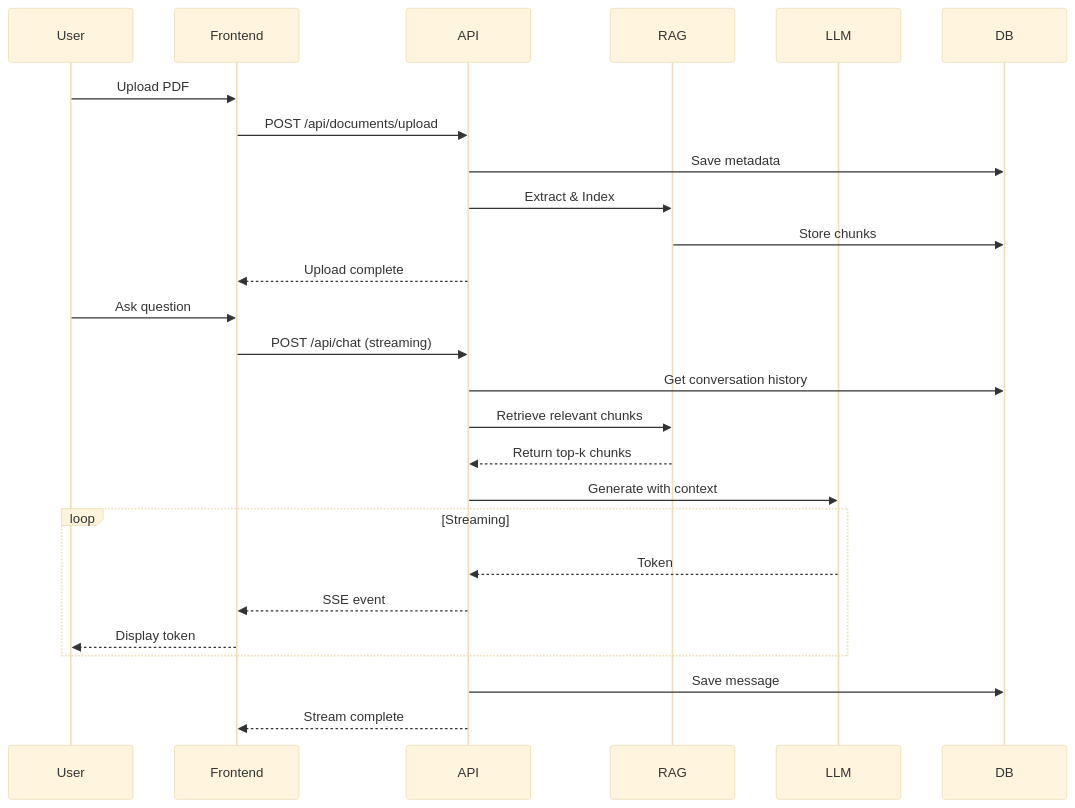
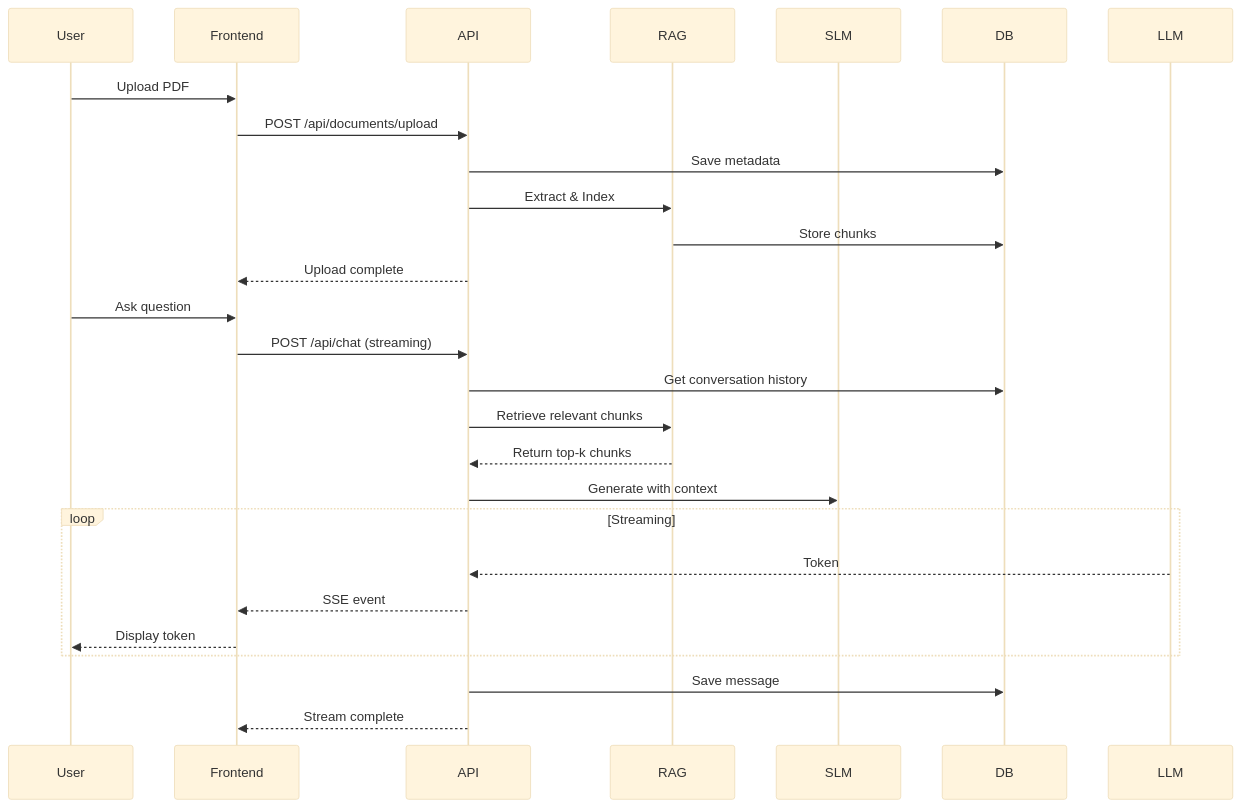
The second of 3 diagrams in README.md (HieuAI2005/DocBot), drawn with Mermaid (base theme) before and after one commit. The commit also changed other lines of this file, not shown here.

````diff
--- a/README.md
+++ b/README.md
@@ -108,32 +108,32 @@
 ```mermaid
 sequenceDiagram
     participant User
     participant Frontend
     participant API
     participant RAG
-    participant LLM
+    participant SLM
     participant DB
 
     User->>Frontend: Upload PDF
     Frontend->>API: POST /api/documents/upload
     API->>DB: Save metadata
     API->>RAG: Extract & Index
     RAG->>DB: Store chunks
     API-->>Frontend: Upload complete
 
     User->>Frontend: Ask question
     Frontend->>API: POST /api/chat (streaming)
     API->>DB: Get conversation history
     API->>RAG: Retrieve relevant chunks
     RAG-->>API: Return top-k chunks
-    API->>LLM: Generate with context
+    API->>SLM: Generate with context
     
     loop Streaming
         LLM-->>API: Token
         API-->>Frontend: SSE event
         Frontend-->>User: Display token
     end
     
     API->>DB: Save message
     API-->>Frontend: Stream complete
 ```
````
